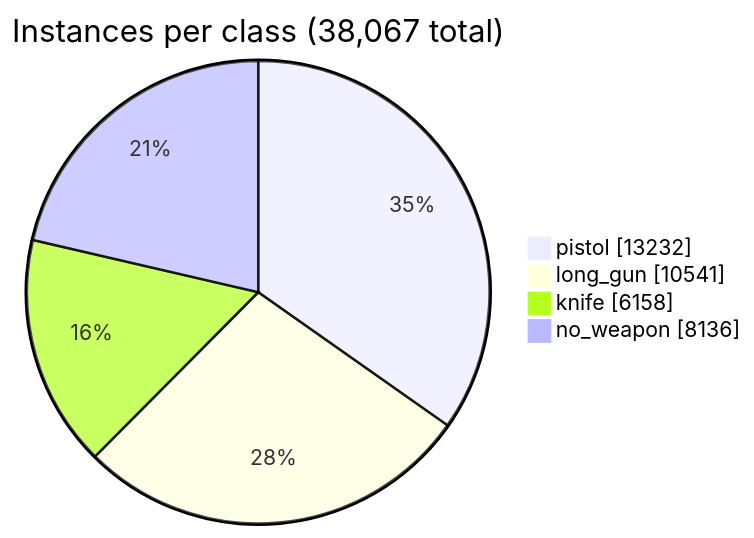
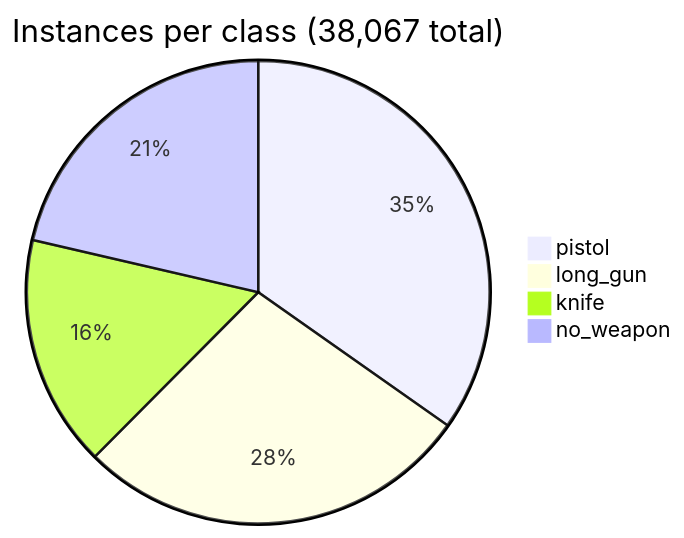
One commit to CostiCatargiu/Yolov12_WeaponDetection changed the fourth of 6 diagrams in Readme.md. Above: the diagram before and after it, drawn with Mermaid. The commit also changed other lines of this file, not shown here.

````diff
--- a/Readme.md
+++ b/Readme.md
@@ -509,8 +505,7 @@
 ```mermaid
-pie showData
-    title Instances per class (38,067 total)
+pie title Instances per class (38,067 total)
     "pistol" : 13232
     "long_gun" : 10541
     "knife" : 6158
     "no_weapon" : 8136
 ```
````
